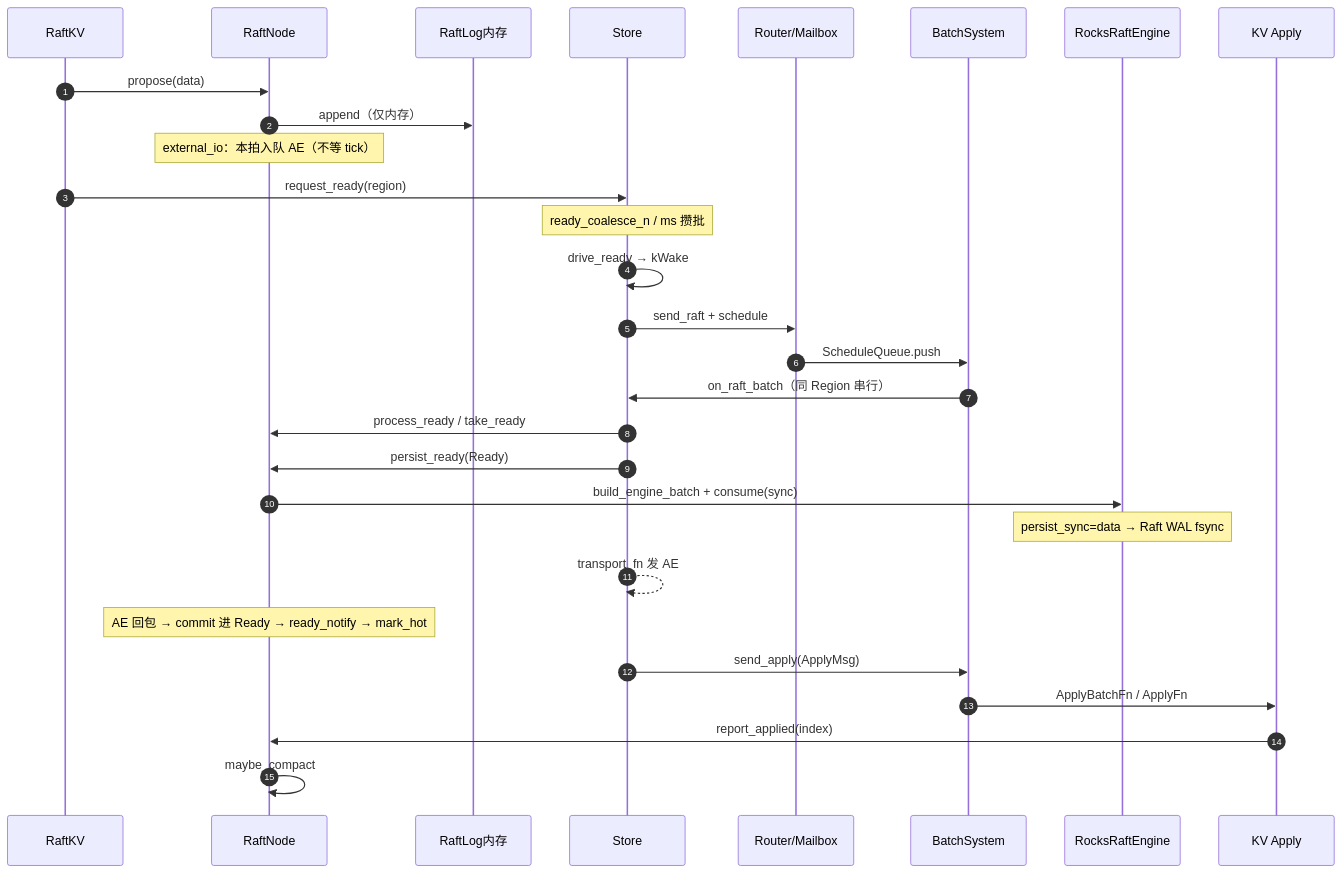
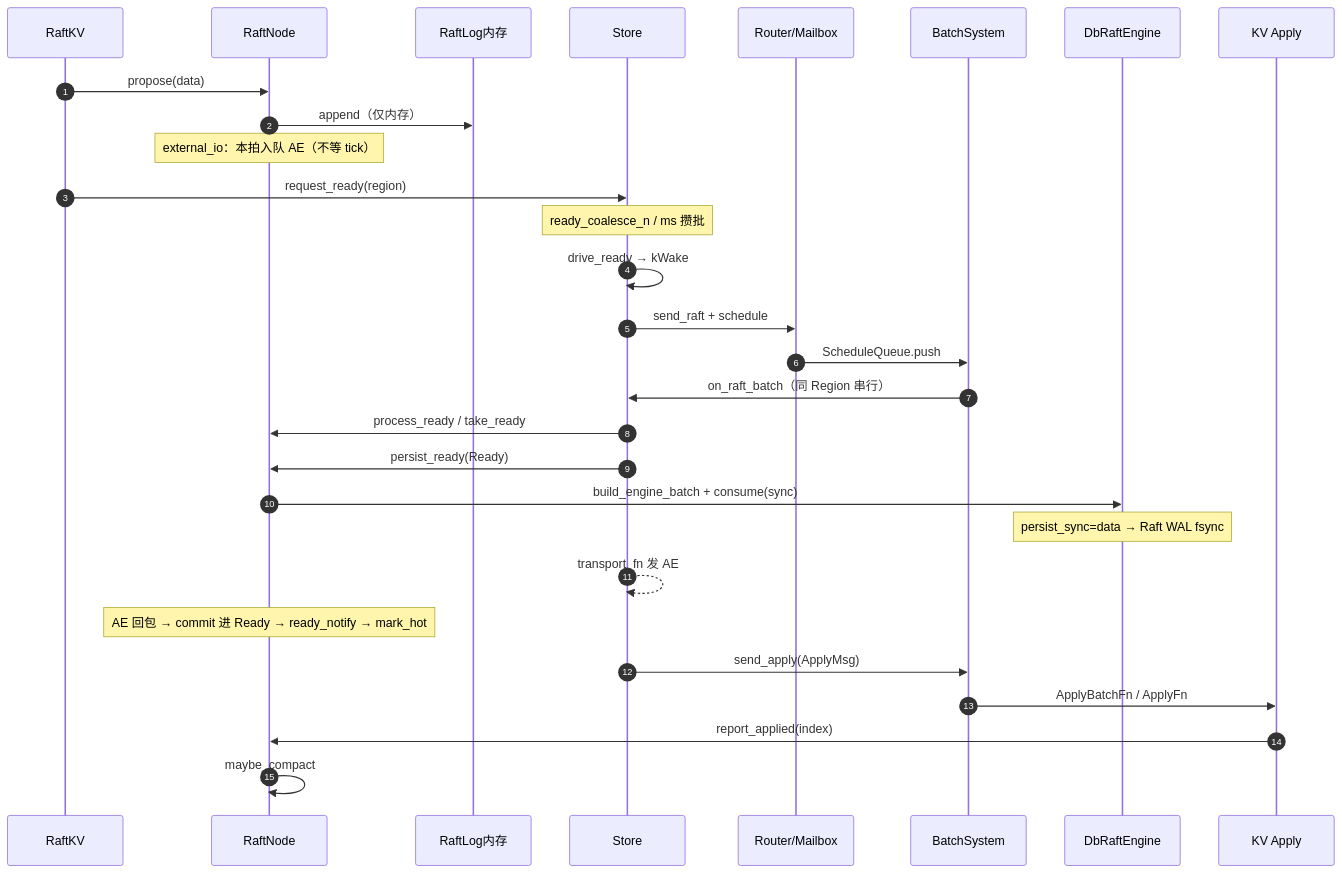
One commit to devotionalist/openkv changed the second of 5 diagrams in docs/flows/35-raft-module-call-flows.md. Above: the diagram before and after it, drawn with Mermaid. The commit also changed other lines of this file and 56 other files, not shown here.

````diff
--- a/docs/flows/35-raft-module-call-flows.md
+++ b/docs/flows/35-raft-module-call-flows.md
@@ -83,32 +83,32 @@
 ```mermaid
 sequenceDiagram
   autonumber
   participant KV as RaftKV
   participant RN as RaftNode
   participant Log as RaftLog内存
   participant St as Store
   participant RT as Router/Mailbox
   participant BS as BatchSystem
-  participant Eng as RocksRaftEngine
+  participant Eng as DbRaftEngine
   participant FSM as KV Apply
 
   KV->>RN: propose(data)
   RN->>Log: append（仅内存）
   Note over RN: external_io：本拍入队 AE（不等 tick）
   KV->>St: request_ready(region)
   Note over St: ready_coalesce_n / ms 攒批
   St->>St: drive_ready → kWake
   St->>RT: send_raft + schedule
   RT->>BS: ScheduleQueue.push
   BS->>St: on_raft_batch（同 Region 串行）
   St->>RN: process_ready / take_ready
   St->>RN: persist_ready(Ready)
   RN->>Eng: build_engine_batch + consume(sync)
   Note over Eng: persist_sync=data → Raft WAL fsync
   St-->>St: transport_fn 发 AE
   Note over RN: AE 回包 → commit 进 Ready → ready_notify → mark_hot
   St->>BS: send_apply(ApplyMsg)
   BS->>FSM: ApplyBatchFn / ApplyFn
   FSM->>RN: report_applied(index)
   RN->>RN: maybe_compact
 ```
````
